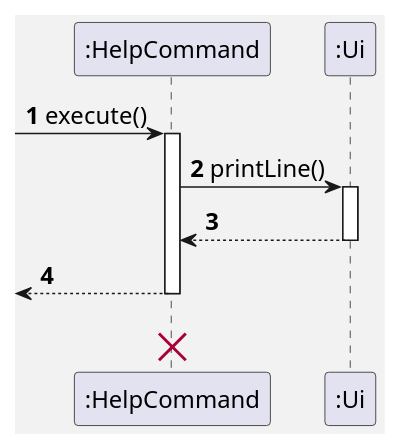
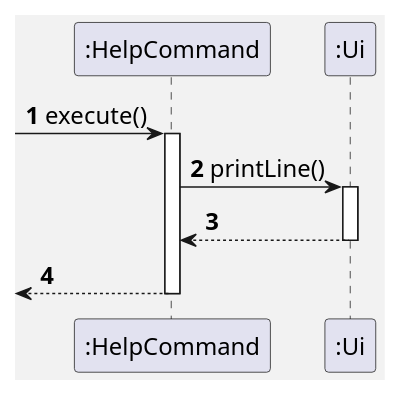
One commit to uosjapuelks/tp changed the diagram in docs/pumlFiles/HelpSequence.puml. Above: the diagram before and after it, drawn with PlantUML. The commit also changed 3 other files, not shown here.

Commit message:
Fix diagrams format

```diff
--- a/docs/pumlFiles/HelpSequence.puml
+++ b/docs/pumlFiles/HelpSequence.puml
@@ -1,23 +1,21 @@
 @startuml
 'https://plantuml.com/sequence-diagram
 skinparam backgroundColor #f2f2f2
 skinparam defaultFontSize 16
 
 Participant ":HelpCommand" as HelpCommand
 
 autonumber
 
 -> HelpCommand: execute()
 activate HelpCommand
 
     HelpCommand -> ":Ui": printLine()
     activate ":Ui"
     HelpCommand <-- ":Ui"
     deactivate ":Ui"
 
     <-- HelpCommand
 deactivate  HelpCommand
-    <-[hidden]- HelpCommand
 
-destroy HelpCommand
 @enduml
```
